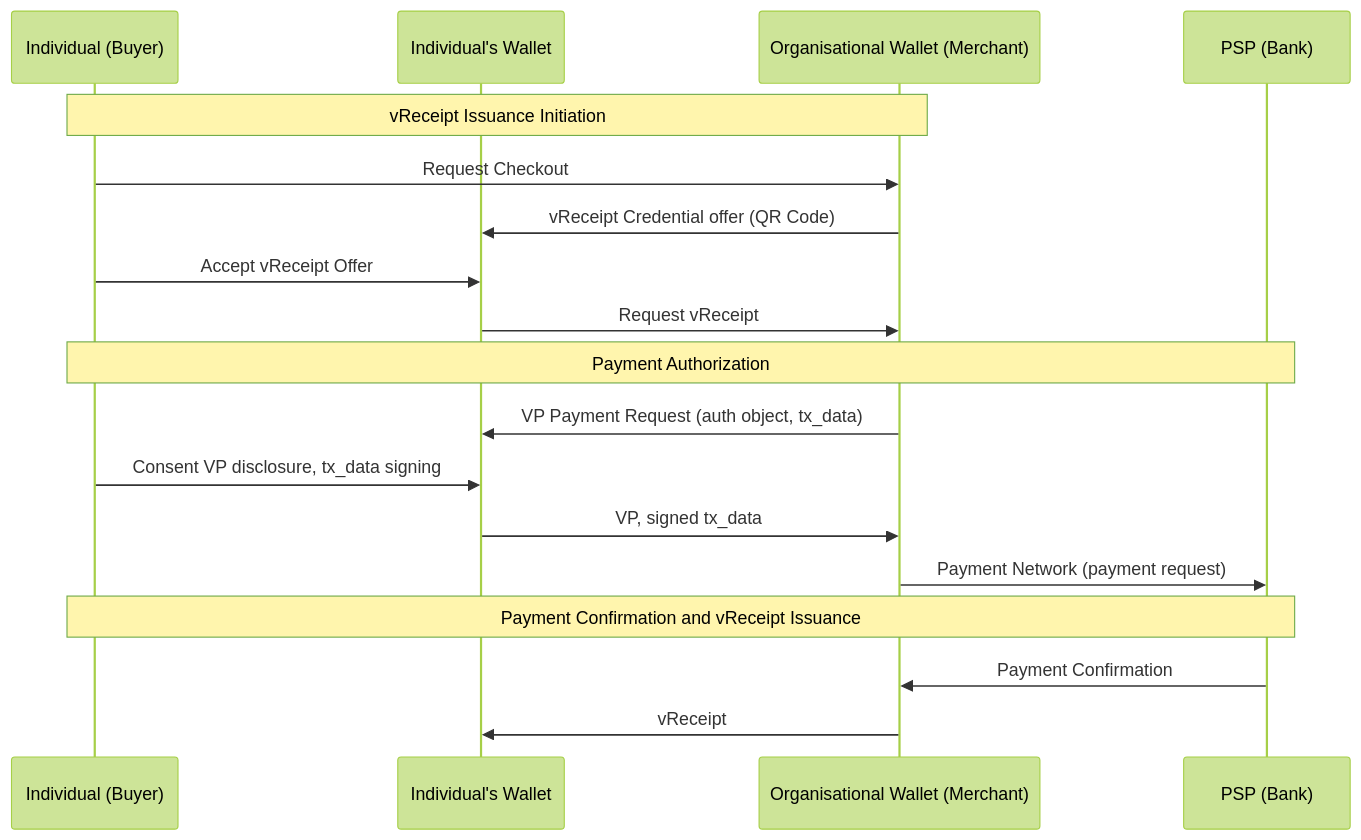
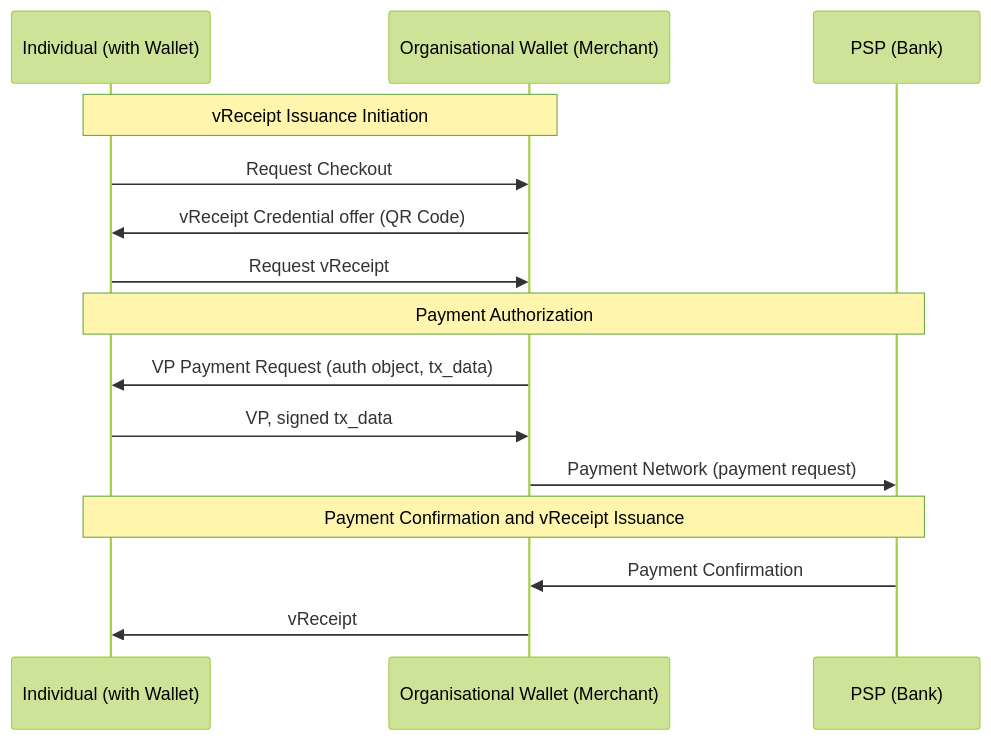
Before and after one commit to EWC-consortium/eudi-wallet-rfcs: the first of 3 diagrams in ewc-rfc011-payments-with-verifiable-receipts.md, drawn with Mermaid (forest theme). The commit also changed other lines of this file, not shown here.

Commit message:
Vreceipts (#178)
* first version

* fixed typo in diagram

* fixed typo in diagram

* fixed typo in diagram

* fixed typo in diagram

* fixed typo in diagram

* fixed typo in diagram

* updates

* Delete ewc-rfc011-vreceipt.md

````diff
--- a/ewc-rfc011-payments-with-verifiable-receipts.md
+++ b/ewc-rfc011-payments-with-verifiable-receipts.md
@@ -102,23 +101,21 @@
 ```mermaid
 sequenceDiagram
-    participant Individual_Buyer as Individual (Buyer)
-    participant Individuals_Wallet as Individual's Wallet
+    participant Individual as Individual (with Wallet)
     participant Organisational_Wallet as Organisational Wallet (Merchant)
     participant PSP_Bank as PSP (Bank)
 
-    Note over Individual_Buyer, Organisational_Wallet: vReceipt Issuance Initiation
-    Individual_Buyer->>Organisational_Wallet: Request Checkout
-    Organisational_Wallet->>Individuals_Wallet: vReceipt Credential offer (QR Code)
-    Individual_Buyer->>Individuals_Wallet: Accept vReceipt Offer
-    Individuals_Wallet->>Organisational_Wallet: Request vReceipt
+    Note over Individual, Organisational_Wallet: vReceipt Issuance Initiation
+    Individual->>Organisational_Wallet: Request Checkout
+    Organisational_Wallet->>Individual: vReceipt Credential offer (QR Code)
+    Individual->>Organisational_Wallet: Request vReceipt
 
-    Note over Individual_Buyer, PSP_Bank: Payment Authorization
-    Organisational_Wallet->>Individuals_Wallet: VP Payment Request (auth object, tx_data)
-    Individual_Buyer->>Individuals_Wallet: Consent VP disclosure, tx_data signing
-    Individuals_Wallet->>Organisational_Wallet: VP, signed tx_data
+    Note over Individual, PSP_Bank: Payment Authorization
+    Organisational_Wallet->>Individual: VP Payment Request (auth object, tx_data)
+    Individual->>Organisational_Wallet: VP, signed tx_data
+
     Organisational_Wallet->>PSP_Bank: Payment Network (payment request)
 
-    Note over Individual_Buyer, PSP_Bank: Payment Confirmation and vReceipt Issuance
+    Note over Individual, PSP_Bank: Payment Confirmation and vReceipt Issuance
     PSP_Bank->>Organisational_Wallet: Payment Confirmation
-    Organisational_Wallet->>Individuals_Wallet: vReceipt
+    Organisational_Wallet->>Individual: vReceipt
 ```
````
